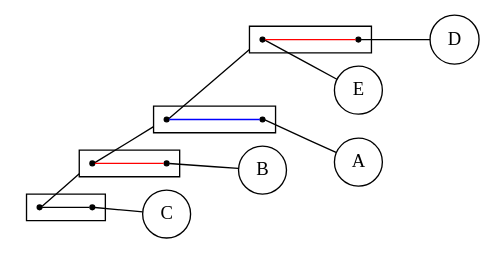
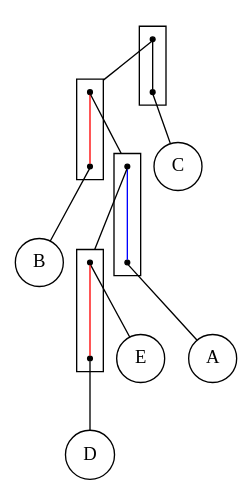
One commit to lrodrin/TFG changed the diagram in src/final/Structure.dot. Above: the diagram before and after it, drawn with Graphviz. The commit also changed 7 other files, not shown here.

```diff
--- a/src/final/Structure.dot
+++ b/src/final/Structure.dot
@@ -1,40 +1,39 @@
 digraph Structure {
 compound=true;
 fontname=Verdana;
 fontsize=12;
-rankdir=LR;
 node [shape=circle];
+C;
+B;
 A;
-B;
+E;
 D;
-E;
-C;
-subgraph cluster_ED {
+subgraph cluster_EBADC {
 node [shape=point];
-s_E -> s_D  [arrowhead=none, color=red];
+s_BDAE -> s_C  [color=black, arrowhead=none];
 }
 
-subgraph cluster_EAD {
+subgraph cluster_BDAE {
 node [shape=point];
-s_ED -> s_A  [arrowhead=none, color=blue];
+s_DEA -> s_B  [color=red, arrowhead=none];
 }
 
-subgraph cluster_EBAD {
+subgraph cluster_DEA {
 node [shape=point];
-s_EAD -> s_B  [arrowhead=none, color=red];
+s_DE -> s_A  [color=blue, arrowhead=none];
 }
 
-subgraph cluster_BCEDA {
+subgraph cluster_DE {
 node [shape=point];
-s_EBAD -> s_C  [arrowhead=none, color=black];
+s_E -> s_D  [color=red, arrowhead=none];
 }
 
+s_BDAE -> s_DEA  [lhead=cluster_BDAE, arrowhead=none];
+s_C -> C  [arrowhead=none];
+s_DEA -> s_DE  [lhead=cluster_DEA, arrowhead=none];
+s_B -> B  [arrowhead=none];
+s_DE -> s_E  [lhead=cluster_DE, arrowhead=none];
 s_A -> A  [arrowhead=none];
-s_B -> B  [arrowhead=none];
+s_E -> E  [arrowhead=none];
 s_D -> D  [arrowhead=none];
-s_E -> E  [arrowhead=none];
-s_C -> C  [arrowhead=none];
-s_EBAD -> s_EAD  [arrowhead=none, lhead=cluster_EBAD];
-s_EAD -> s_ED  [arrowhead=none, lhead=cluster_EAD];
-s_ED -> s_E  [arrowhead=none, lhead=cluster_ED];
 }
```
